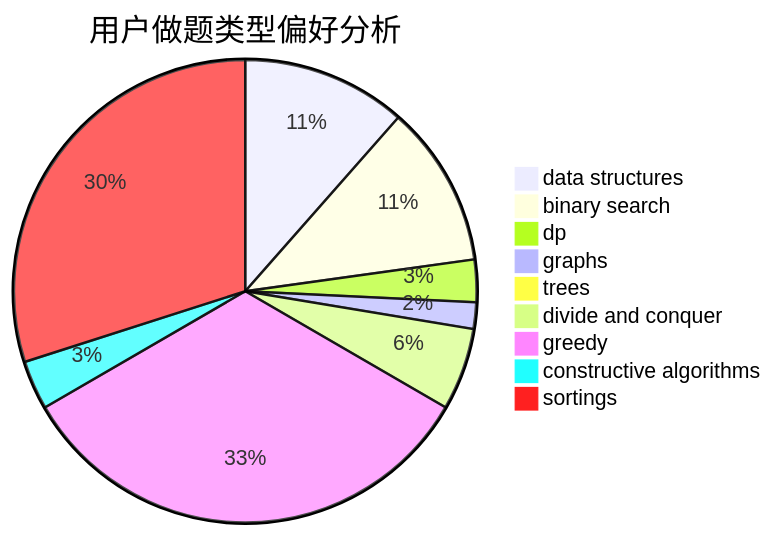
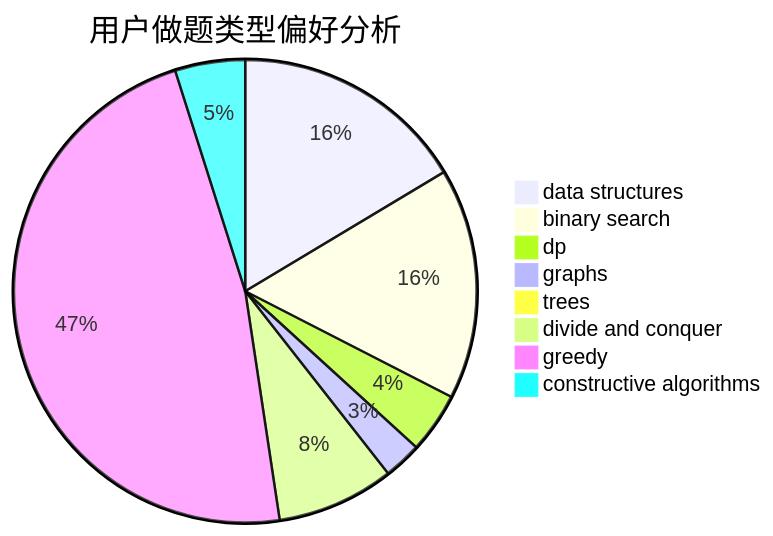
The second of 3 diagrams in docs/user/u2384.md (sherpahu/cfrs.github.io), drawn with Mermaid before and after one commit. The commit also changed other lines of this file and 2769 other files, not shown here.

````diff
--- a/docs/user/u2384.md
+++ b/docs/user/u2384.md
@@ -18,12 +18,11 @@
 ```mermaid
 pie title 用户做题类型偏好分析
     "data structures" :  124
     "binary search" :  122
     "dp" :  32
     "graphs" :  20
     "trees" :  0
     "divide and conquer" :  62
     "greedy" :  359
     "constructive algorithms" :  37
-    "sortings" :  323
 ```
````
